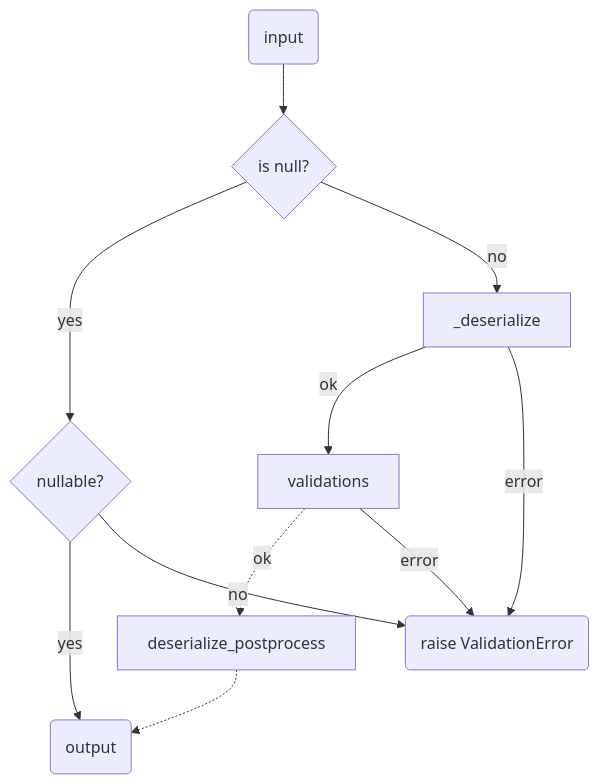
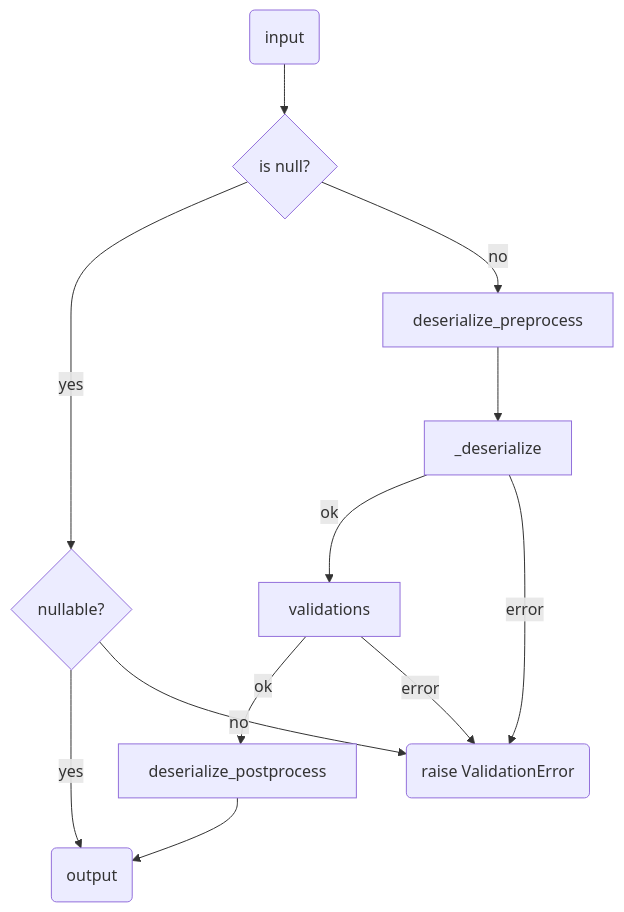
One commit to Dog-Egg/django-openapi changed the first of 2 diagrams in docs/docs/dev-note/graph.mdx. Above: the diagram before and after it, drawn with Mermaid. The commit also changed 2 other files, not shown here.

Commit message:
add: schema deserialize_preprocess

````diff
--- a/docs/docs/dev-note/graph.mdx
+++ b/docs/docs/dev-note/graph.mdx
@@ -5,21 +5,22 @@
 ```mermaid
 graph TD
     input(input)
     isnull{is null?}
     nullable{nullable?}
     error(raise ValidationError)
     validate[validations]
     deserialize[_deserialize]
     output(output)
 
     input --> isnull
     isnull --> |yes|nullable
-    isnull --> |no|deserialize
+    isnull --> |no|deserialize_preprocess
+    deserialize_preprocess --> deserialize
     nullable --> |yes|output
     nullable --> |no|error
     deserialize --> |ok|validate
     deserialize --> |error|error
-    validate -.-> |ok|deserialize_postprocess
-    deserialize_postprocess -.-> output
+    validate --> |ok|deserialize_postprocess
+    deserialize_postprocess --> output
     validate --> |error|error
 ```
````
